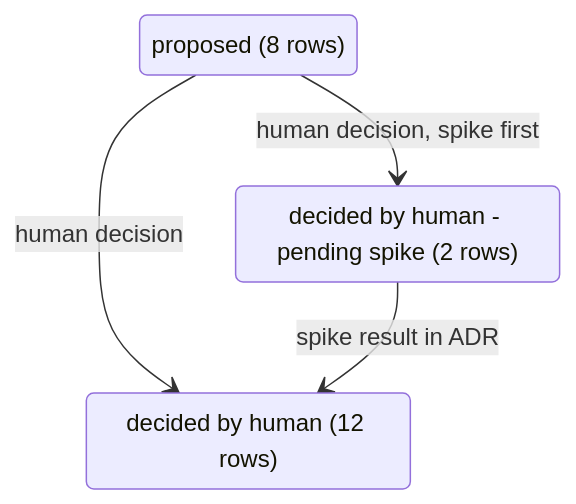
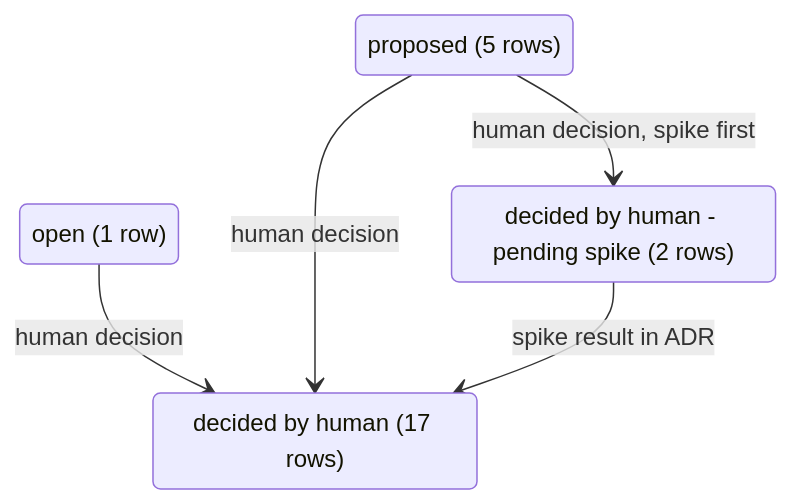
The third of 5 diagrams in docs/roadmap/PROPOSAL.md (virgenherrera/lan-solution-template), drawn with Mermaid before and after one commit. The commit also changed other lines of this file and 94 other files, not shown here.

````diff
--- a/docs/roadmap/PROPOSAL.md
+++ b/docs/roadmap/PROPOSAL.md
@@ -96,9 +96,11 @@
 ```mermaid
 stateDiagram-v2
-    state "proposed (8 rows)" as proposed
-    state "decided by human (12 rows)" as human_decision
+    state "proposed (5 rows)" as proposed
+    state "decided by human (17 rows)" as human_decision
     state "decided by human - pending spike (2 rows)" as pending_spike
+    state "open (1 row)" as open_q
+    open_q --> human_decision : human decision
     proposed --> human_decision : human decision
     proposed --> pending_spike : human decision, spike first
     pending_spike --> human_decision : spike result in ADR
 ```
````
